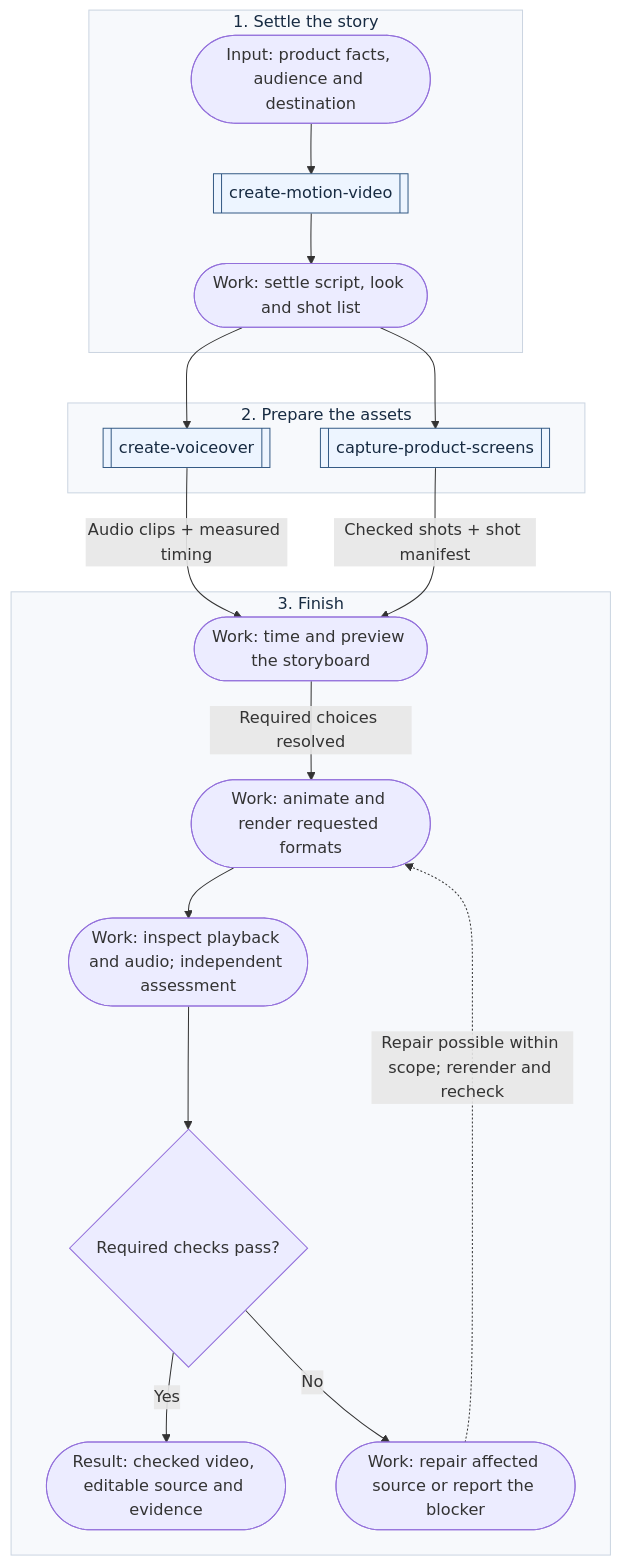
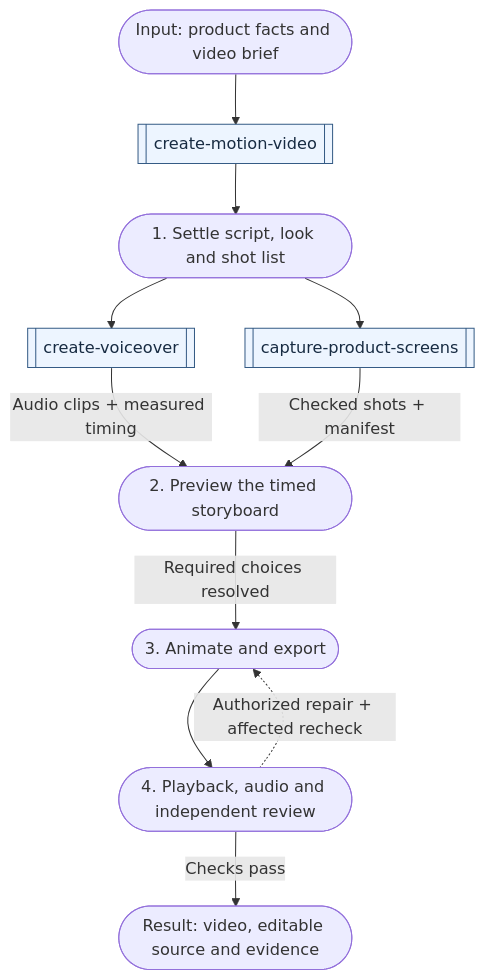
Before and after one commit to bobalazek/skills: the diagram in docs/workflows/media.md, drawn with Mermaid. The commit also changed other lines of this file, not shown here.

Commit message:
docs: shorten the video workflow diagram

````diff
--- a/docs/workflows/media.md
+++ b/docs/workflows/media.md
@@ -28,26 +28,15 @@
 ```mermaid
 flowchart TD
-  subgraph Story["1. Settle the story"]
-    Goal(["Input: product facts, audience and destination"]) --> Motion[["create-motion-video"]]
-    Motion --> Script(["Work: settle script, look and shot list"])
-  end
-  subgraph Assets["2. Prepare the assets"]
-    Script --> Voice[["create-voiceover"]]
-    Script --> Capture[["capture-product-screens"]]
-  end
-  subgraph Finish["3. Finish"]
-    Voice -->|Audio clips + measured timing| Storyboard(["Work: time and preview the storyboard"])
-    Capture -->|Checked shots + shot manifest| Storyboard
-    Storyboard -->|Required choices resolved| Render(["Work: animate and render requested formats"])
-    Render --> Check(["Work: inspect playback and audio; independent assessment"])
-    Check --> Pass{"Required checks pass?"}
-    Pass -->|Yes| Done(["Result: checked video, editable source and evidence"])
-    Pass -->|No| Repair(["Work: repair affected source or report the blocker"])
-    Repair -. "Repair possible within scope; rerender and recheck" .-> Render
-  end
+  Goal(["Input: product facts and video brief"]) --> Motion[["create-motion-video"]]
+  Motion --> Script(["1. Settle script, look and shot list"])
+  Script --> Voice[["create-voiceover"]]
+  Script --> Capture[["capture-product-screens"]]
+  Voice -->|Audio clips + measured timing| Storyboard(["2. Preview the timed storyboard"])
+  Capture -->|Checked shots + manifest| Storyboard
+  Storyboard -->|Required choices resolved| Render(["3. Animate and export"])
+  Render --> Check(["4. Playback, audio and independent review"])
+  Check -->|Checks pass| Done(["Result: video, editable source and evidence"])
+  Check -. "Authorized repair + affected recheck" .-> Render
   classDef skill fill:#edf5ff,stroke:#355b85,color:#172b42;
   class Motion,Voice,Capture skill;
-  style Story fill:#f7f9fc,stroke:#cbd5e1,color:#172b42;
-  style Assets fill:#f7f9fc,stroke:#cbd5e1,color:#172b42;
-  style Finish fill:#f7f9fc,stroke:#cbd5e1,color:#172b42;
 ```
````
